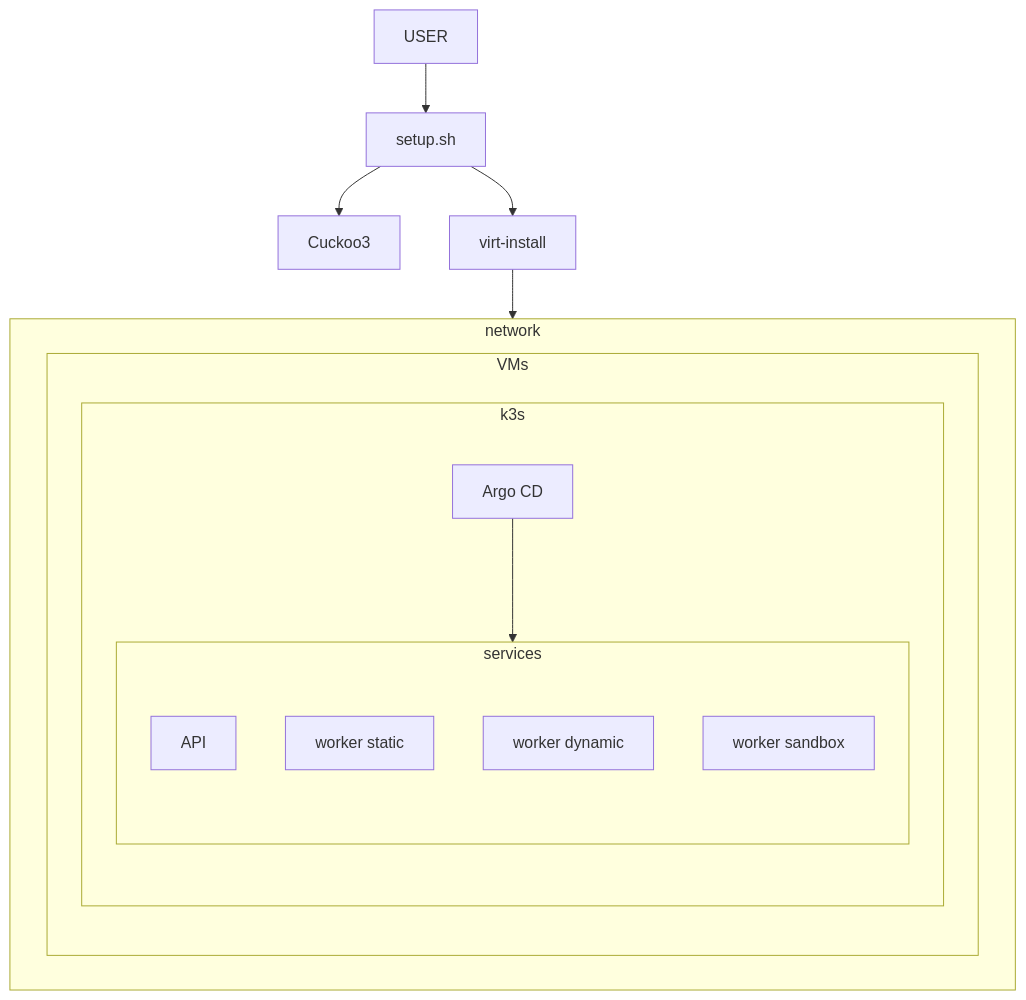
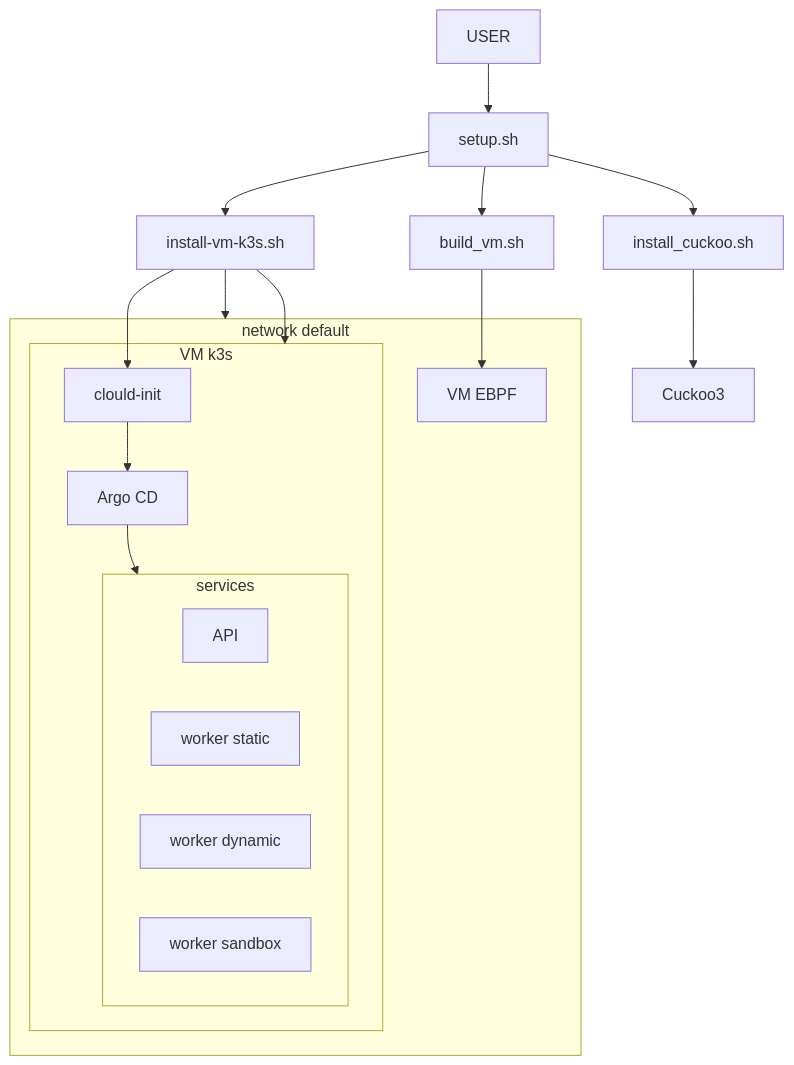
The third of 3 diagrams in docs/ARCHITECTURE.md (na-teag/PFE), drawn with Mermaid before and after one commit. The commit also changed other lines of this file and 2 other files, not shown here.

````diff
--- a/docs/ARCHITECTURE.md
+++ b/docs/ARCHITECTURE.md
@@ -63,24 +69,31 @@
 ```mermaid
-flowchart TD 
-    USER --> setup[setup.sh]
-    setup --> Cuckoo3
-    setup --> Terraform["virt-install"]
-    subgraph network
-        subgraph VMs
-            subgraph k3s
+flowchart TD
+    USER --> setup.sh
+    setup.sh --> install-vm-k3s.sh
+    setup.sh --> build_vm.sh
+    setup.sh --> install_cuckoo.sh
+    install_cuckoo.sh --> Cuckoo3
+    subgraph network[network default]
+            subgraph k3s[VM k3s]
                 subgraph services
                     API
                     worker1[worker static]
                     worker2[worker dynamic]
                     worker3[worker sandbox]
                 end
                 Argocd[Argo CD] --> services
+                clould-init
             end
-        end
+            EBPF[VM EBPF]
     end
-    Terraform --> network
+    install-vm-k3s.sh --> clould-init
+    clould-init --> Argocd
+    install-vm-k3s.sh --> network
+    install-vm-k3s.sh --> k3s
+    build_vm.sh --> EBPF
+    
     
     click Cuckoo3 "https://github.com/cert-ee/cuckoo3" "Cuckoo3" _blank
     click Terraform "https://.terraform.io/" "Terraform" _blank
     click Argocd "https://argo-cd.readthedocs.io" "Argo CD" _blank
 ```
````
